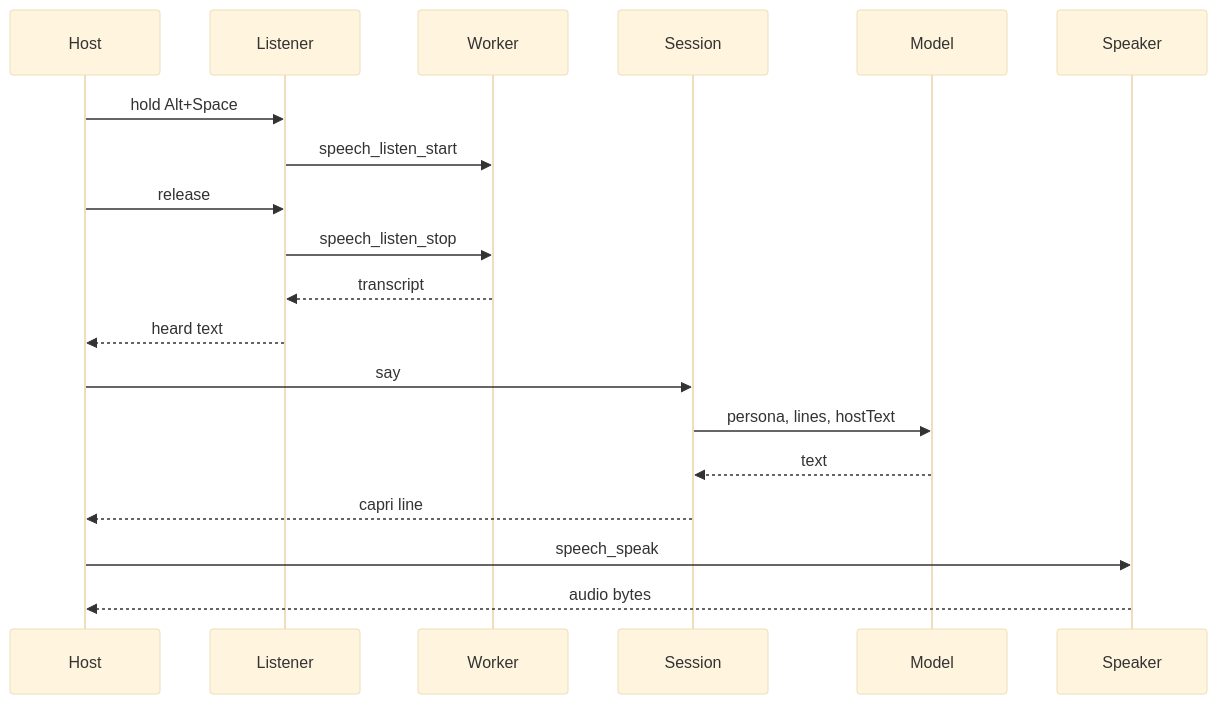
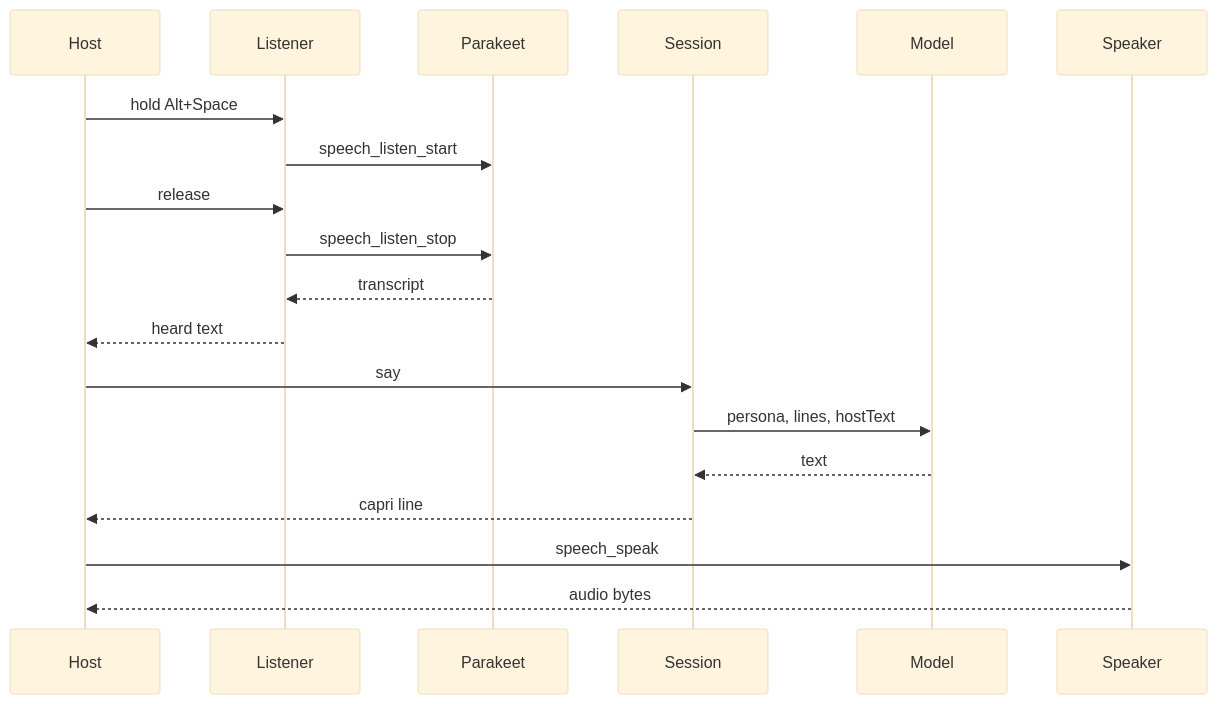
The second of 2 diagrams in docs/architecture.md (ItsYuma/Caprice), drawn with Mermaid (base theme) before and after one commit. The commit also changed other lines of this file and 16 other files, not shown here.

````diff
--- a/docs/architecture.md
+++ b/docs/architecture.md
@@ -34,21 +34,21 @@
 ```mermaid
 sequenceDiagram
   participant Host
   participant Listener
-  participant Worker
+  participant Parakeet
   participant Session
   participant Model
   participant Speaker
   Host->>Listener: hold Alt+Space
-  Listener->>Worker: speech_listen_start
+  Listener->>Parakeet: speech_listen_start
   Host->>Listener: release
-  Listener->>Worker: speech_listen_stop
-  Worker-->>Listener: transcript
+  Listener->>Parakeet: speech_listen_stop
+  Parakeet-->>Listener: transcript
   Listener-->>Host: heard text
   Host->>Session: say
   Session->>Model: persona, lines, hostText
   Model-->>Session: text
   Session-->>Host: capri line
   Host->>Speaker: speech_speak
   Speaker-->>Host: audio bytes
 ```
````
